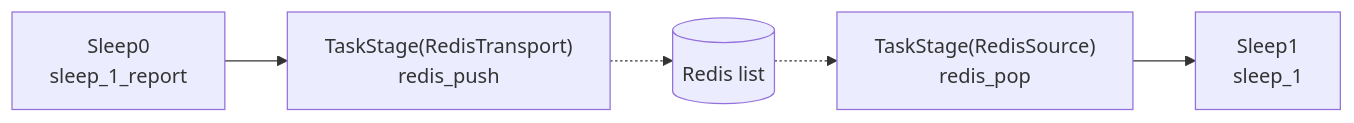
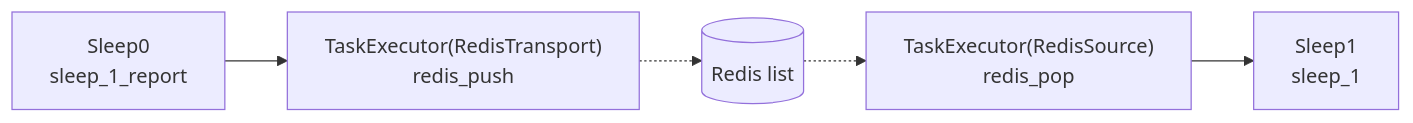
Before and after one commit to Mr-xiaotian/CelestialFlow: the fourth of 4 diagrams in docs/zh-CN/demo/demo_redis.md, drawn with Mermaid. The commit also changed other lines of this file and 80 other files, not shown here.

````diff
--- a/docs/zh-CN/demo/demo_redis.md
+++ b/docs/zh-CN/demo/demo_redis.md
@@ -252,7 +252,7 @@
 ```mermaid
 flowchart LR
-    Sleep0["Sleep0<br/>sleep_1_report"] --> Transport["TaskStage(RedisTransport)<br/>redis_push"]
+    Sleep0["Sleep0<br/>sleep_1_report"] --> Transport["TaskExecutor(RedisTransport)<br/>redis_push"]
     Transport -.-> Redis[(Redis list)]
-    Redis -.-> Source["TaskStage(RedisSource)<br/>redis_pop"]
+    Redis -.-> Source["TaskExecutor(RedisSource)<br/>redis_pop"]
     Source --> Sleep1["Sleep1<br/>sleep_1"]
 ```
````
